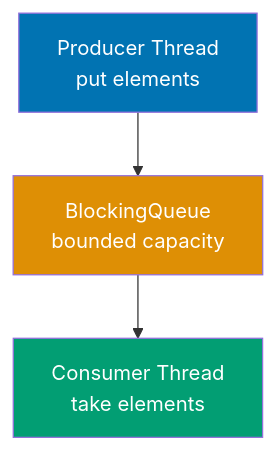
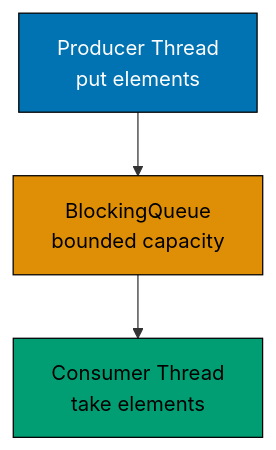
One commit to wahidyankf/ose-public changed the first of 13 diagrams in apps/ayokoding-www/content/en/learn/legacy/software-engineering/programming-languages/java/by-example/advanced.md. Above: the diagram before and after it, drawn with Mermaid. The commit also changed other lines of this file and 112 other files, not shown here.

First line of the commit message:
fix(mermaid): bring the legacy programming-languages diagrams onto the accessible palette

````diff
--- a/apps/ayokoding-www/content/en/learn/legacy/software-engineering/programming-languages/java/by-example/advanced.md
+++ b/apps/ayokoding-www/content/en/learn/legacy/software-engineering/programming-languages/java/by-example/advanced.md
@@ -42,11 +42,17 @@
 ```mermaid
 %% Color Palette: Blue #0173B2, Orange #DE8F05, Teal #029E73, Purple #CC78BC, Brown #CA9161
 graph TD
+    accTitle: Example 65: Concurrent Collections
+    accDescr: Graph with 3 nodes and 2 connections. Nodes: Producer Thread put elements, BlockingQueue bounded capacity, Consumer Thread take elements. Connections: Producer Thread put elements to BlockingQueue bounded capacity, BlockingQueue bounded capacity to Consumer Thread take elements.
     Producer["Producer Thread<br/>put elements"]
     Producer --> Queue["BlockingQueue<br/>bounded capacity"]
     Queue --> Consumer["Consumer Thread<br/>take elements"]
 
-    style Producer fill:#0173B2,color:#fff
-    style Queue fill:#DE8F05,color:#fff
-    style Consumer fill:#029E73,color:#fff
+    classDef pal-0173B2 fill:#0173B2,stroke:#000000,color:#FFFFFF
+    class Producer pal-0173B2
+    classDef pal-DE8F05 fill:#DE8F05,stroke:#000000,color:#000000
+    class Queue pal-DE8F05
+    classDef pal-029E73 fill:#029E73,stroke:#000000,color:#000000
+    class Consumer pal-029E73
+    classDef default fill:#FFFFFF,stroke:#000000,color:#000000
 ```
````
